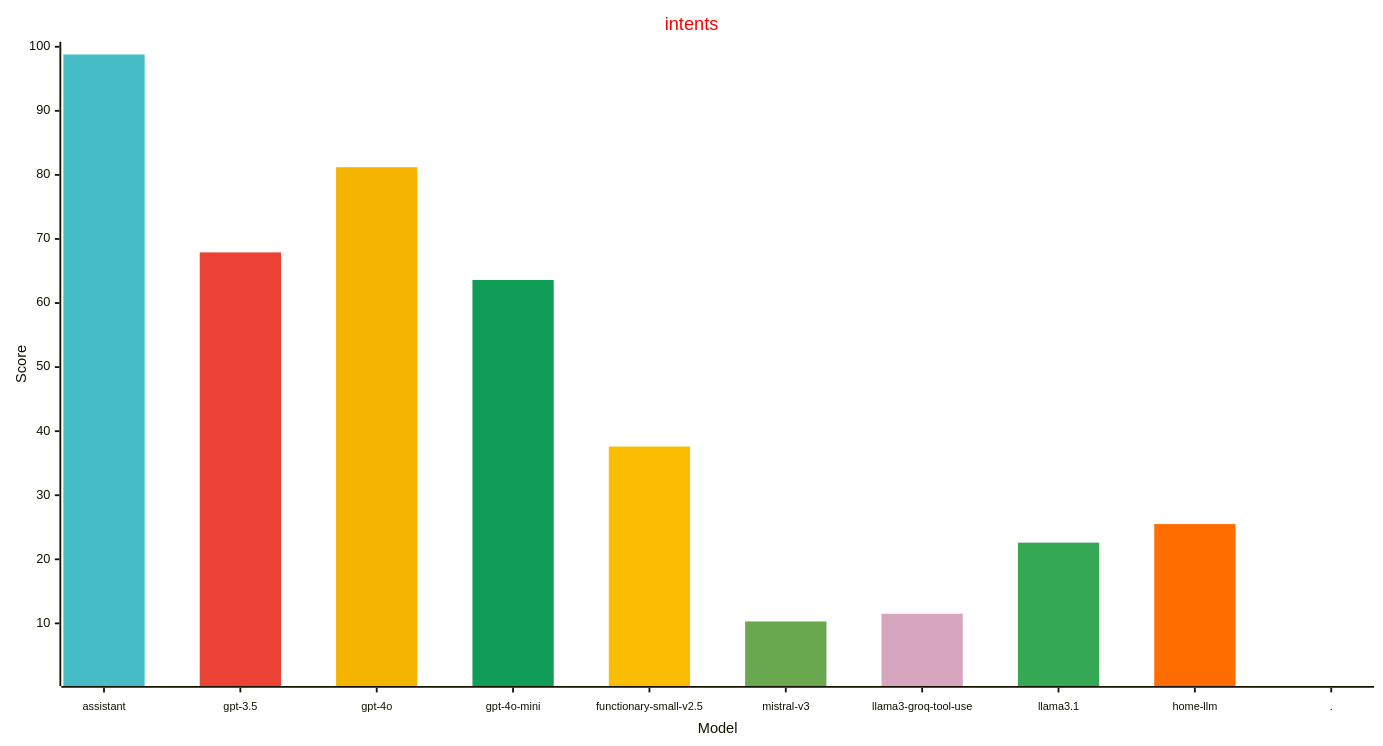
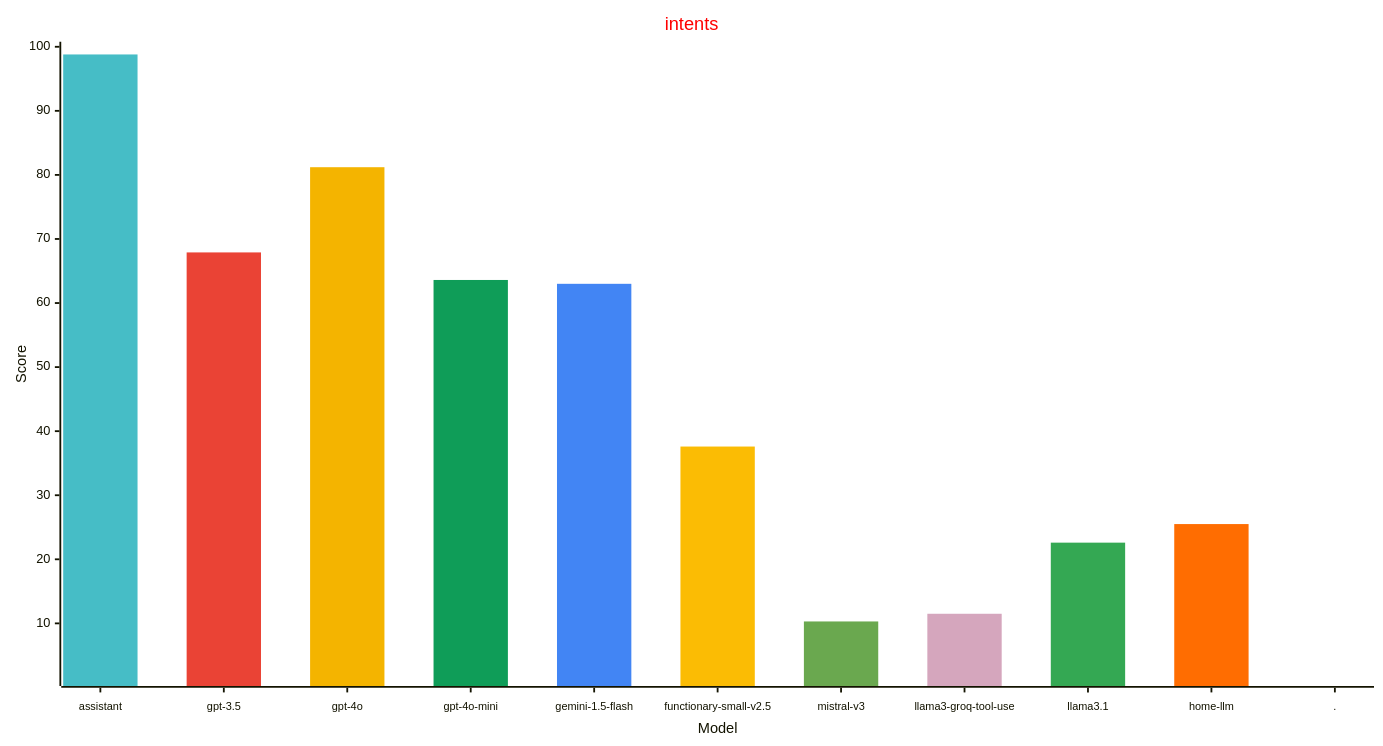
The third of 3 diagrams in reports/README.md (allenporter/home-assistant-datasets), drawn with Mermaid before and after one commit. The commit also changed other lines of this file and 169 other files, not shown here.

Commit message:
Update leaderboard with gemini-1.5-flash intents

````diff
--- a/reports/README.md
+++ b/reports/README.md
@@ -126,30 +126,31 @@
 ```mermaid
 ---
 config:
     xyChart:
         width: 1500
         height: 800
         xAxis:
           labelFontSize: 12
           labelPadding: 8
     themeVariables:
         xyChart:
             titleColor: "#ff0000"
-            plotColorPalette: "#46bdc6, #ea4335, #f4b400, #0f9d58, #fbbc04, #6aa84f, #d5a6bd, #34a853, #ff6d01, #4285f4"
+            plotColorPalette: "#46bdc6, #ea4335, #f4b400, #0f9d58, #4285f4, #fbbc04, #6aa84f, #d5a6bd, #34a853, #ff6d01, #4285f4"
 
 ---
 xychart-beta
   title "intents"
-  x-axis "Model" [assistant, gpt-3.5, gpt-4o, gpt-4o-mini, functionary-small-v2.5, mistral-v3, llama3-groq-tool-use, llama3.1, home-llm, .]
+  x-axis "Model" [assistant, gpt-3.5, gpt-4o, gpt-4o-mini, gemini-1.5-flash, functionary-small-v2.5, mistral-v3, llama3-groq-tool-use, llama3.1, home-llm, .]
   y-axis "Score" 1 --> 100
-  bar [98.8, 0.0, 0.0, 0.0, 0.0, 0.0, 0.0, 0.0, 0.0, 0.0]
-  bar [0.0, 67.9, 0.0, 0.0, 0.0, 0.0, 0.0, 0.0, 0.0, 0.0]
-  bar [0.0, 0.0, 81.2, 0.0, 0.0, 0.0, 0.0, 0.0, 0.0, 0.0]
-  bar [0.0, 0.0, 0.0, 63.6, 0.0, 0.0, 0.0, 0.0, 0.0, 0.0]
-  bar [0.0, 0.0, 0.0, 0.0, 37.6, 0.0, 0.0, 0.0, 0.0, 0.0]
-  bar [0.0, 0.0, 0.0, 0.0, 0.0, 10.3, 0.0, 0.0, 0.0, 0.0]
-  bar [0.0, 0.0, 0.0, 0.0, 0.0, 0.0, 11.5, 0.0, 0.0, 0.0]
-  bar [0.0, 0.0, 0.0, 0.0, 0.0, 0.0, 0.0, 22.6, 0.0, 0.0]
-  bar [0.0, 0.0, 0.0, 0.0, 0.0, 0.0, 0.0, 0.0, 25.5, 0.0]
-  bar [0.0, 0.0, 0.0, 0.0, 0.0, 0.0, 0.0, 0.0, 0.0, -1.0]
+  bar [98.8, 0.0, 0.0, 0.0, 0.0, 0.0, 0.0, 0.0, 0.0, 0.0, 0.0]
+  bar [0.0, 67.9, 0.0, 0.0, 0.0, 0.0, 0.0, 0.0, 0.0, 0.0, 0.0]
+  bar [0.0, 0.0, 81.2, 0.0, 0.0, 0.0, 0.0, 0.0, 0.0, 0.0, 0.0]
+  bar [0.0, 0.0, 0.0, 63.6, 0.0, 0.0, 0.0, 0.0, 0.0, 0.0, 0.0]
+  bar [0.0, 0.0, 0.0, 0.0, 63.0, 0.0, 0.0, 0.0, 0.0, 0.0, 0.0]
+  bar [0.0, 0.0, 0.0, 0.0, 0.0, 37.6, 0.0, 0.0, 0.0, 0.0, 0.0]
+  bar [0.0, 0.0, 0.0, 0.0, 0.0, 0.0, 10.3, 0.0, 0.0, 0.0, 0.0]
+  bar [0.0, 0.0, 0.0, 0.0, 0.0, 0.0, 0.0, 11.5, 0.0, 0.0, 0.0]
+  bar [0.0, 0.0, 0.0, 0.0, 0.0, 0.0, 0.0, 0.0, 22.6, 0.0, 0.0]
+  bar [0.0, 0.0, 0.0, 0.0, 0.0, 0.0, 0.0, 0.0, 0.0, 25.5, 0.0]
+  bar [0.0, 0.0, 0.0, 0.0, 0.0, 0.0, 0.0, 0.0, 0.0, 0.0, -1.0]
 ```
````
